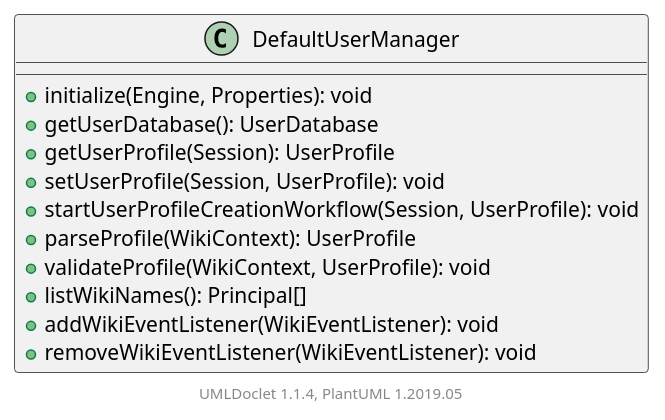
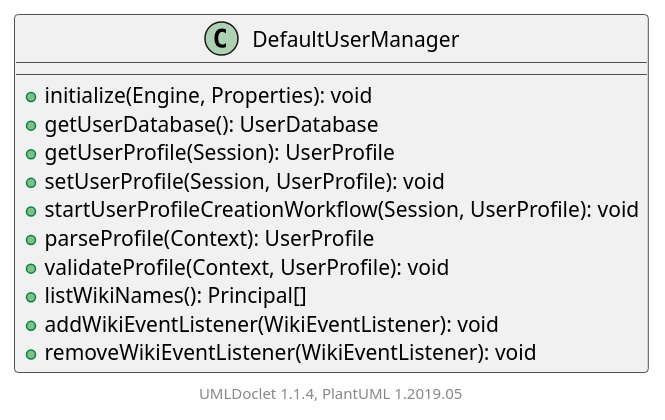
One commit to apache/jspwiki-site changed the diagram in apidocs/2.11.0.M7-SNAPSHOT/org/apache/wiki/auth/DefaultUserManager.puml. Above: the diagram before and after it, drawn with PlantUML. The commit also changed 1821 other files, not shown here.

```diff
--- a/apidocs/2.11.0.M7-SNAPSHOT/org/apache/wiki/auth/DefaultUserManager.puml
+++ b/apidocs/2.11.0.M7-SNAPSHOT/org/apache/wiki/auth/DefaultUserManager.puml
@@ -1,18 +1,18 @@
 @startuml
 
     class DefaultUserManager [[DefaultUserManager.html]] {
         +initialize(Engine, Properties): void
         +getUserDatabase(): UserDatabase
         +getUserProfile(Session): UserProfile
         +setUserProfile(Session, UserProfile): void
         +startUserProfileCreationWorkflow(Session, UserProfile): void
-        +parseProfile(WikiContext): UserProfile
-        +validateProfile(WikiContext, UserProfile): void
+        +parseProfile(Context): UserProfile
+        +validateProfile(Context, UserProfile): void
         +listWikiNames(): Principal[]
         +addWikiEventListener(WikiEventListener): void
         +removeWikiEventListener(WikiEventListener): void
     }
 
 
     center footer UMLDoclet 1.1.4, PlantUML 1.2019.05
 @enduml
```
